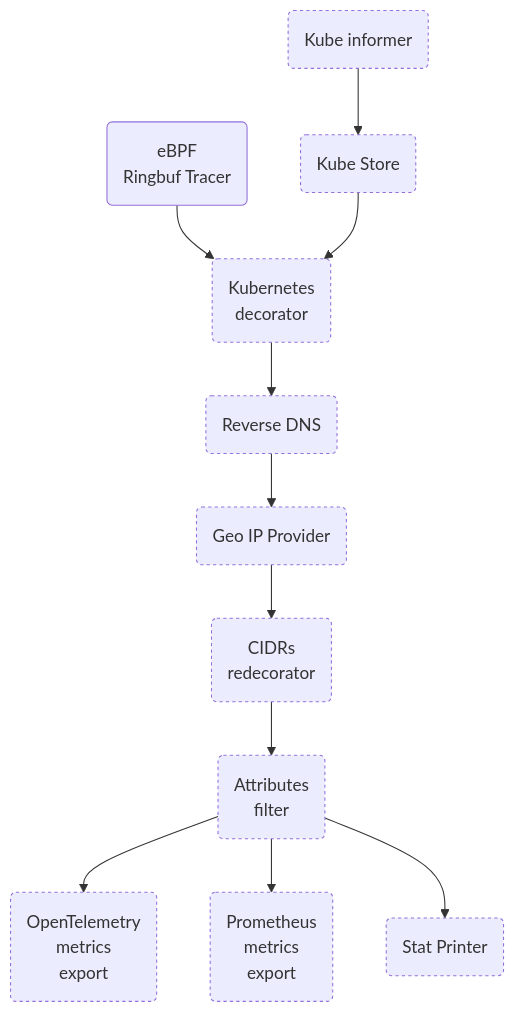
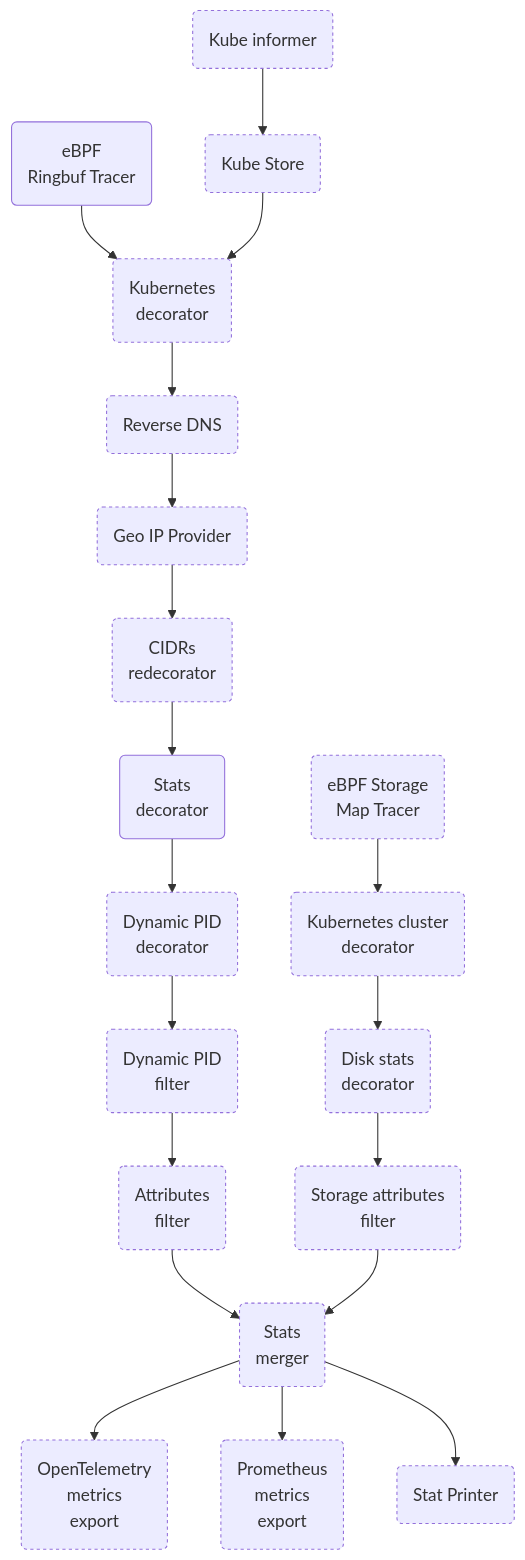
One commit to TheDwingMAN/opentelemetry-ebpf-instrumentation changed the third of 3 diagrams in devdocs/pipeline-map.md. Above: the diagram before and after it, drawn with Mermaid. The commit also changed 2 other files, not shown here.

Commit message:
docs: document the disk service duration
Describe what obi.stat.disk.service.duration measures and its limits: what
is timed on OBI's clock and what on the kernel's, the stacked, multipath
and bio-based devices, the fixed buckets, the cost of the probes and the
sizes of their maps, and how to add another storage metric.

````diff
--- a/devdocs/pipeline-map.md
+++ b/devdocs/pipeline-map.md
@@ -103,14 +103,22 @@
 ```mermaid
 flowchart TD
     classDef optional stroke-dasharray: 3 3;
     RT(eBPF<br/>Ringbuf Tracer) --> K8S
     KIN(Kube informer):::optional --> KSTORE
     KSTORE(Kube Store):::optional --> K8S
     K8S(Kubernetes<br/>decorator):::optional --> RDNS
     RDNS(Reverse DNS):::optional --> GeoIP
     GeoIP(Geo IP Provider):::optional --> CIDRS
-    CIDRS(CIDRs<br/>redecorator):::optional --> FLTR
-    FLTR(Attributes<br/>filter):::optional --> OTEL(OpenTelemetry<br/>metrics<br/>export):::optional
-    FLTR --> PROM(Prometheus<br/>metrics<br/>export):::optional
-    FLTR --> StatPrinter(Stat Printer):::optional
+    CIDRS(CIDRs<br/>redecorator):::optional --> DEC
+    DEC(Stats<br/>decorator) --> DPD
+    DPD(Dynamic PID<br/>decorator):::optional --> DPF
+    DPF(Dynamic PID<br/>filter):::optional --> FLTR
+    FLTR(Attributes<br/>filter):::optional --> MRG
+    DMT(eBPF Storage<br/>Map Tracer):::optional --> DK8S
+    DK8S(Kubernetes cluster<br/>decorator):::optional --> DDEC
+    DDEC(Disk stats<br/>decorator):::optional --> SFLTR
+    SFLTR(Storage attributes<br/>filter):::optional --> MRG
+    MRG(Stats<br/>merger):::optional --> OTEL(OpenTelemetry<br/>metrics<br/>export):::optional
+    MRG --> PROM(Prometheus<br/>metrics<br/>export):::optional
+    MRG --> StatPrinter(Stat Printer):::optional
 ```
````
